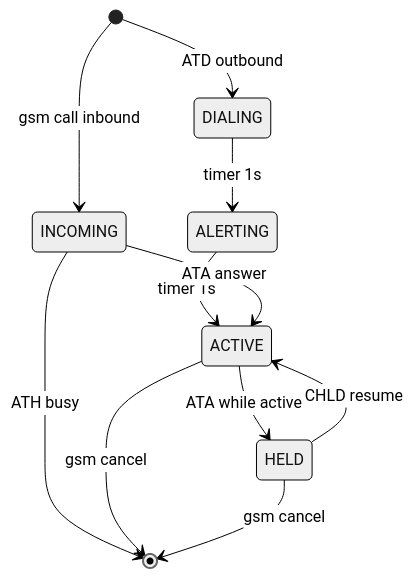
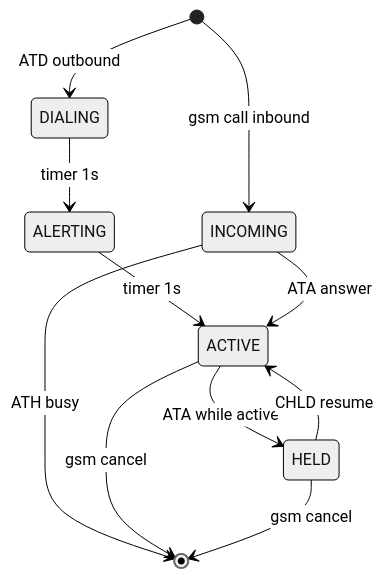
One commit to aospbooks/android-emulator-internal-book changed the third of 6 diagrams in 21-modem-telephony.md. Above: the diagram before and after it, drawn with Mermaid (neutral theme). The commit also changed other lines of this file and 31 other files, not shown here.

````diff
--- a/21-modem-telephony.md
+++ b/21-modem-telephony.md
@@ -241,13 +245,13 @@
 ```mermaid
 stateDiagram-v2
     [*] --> DIALING : ATD outbound
-    [*] --> INCOMING : gsm call inbound
     DIALING --> ALERTING : timer 1s
     ALERTING --> ACTIVE : timer 1s
+    [*] --> INCOMING : gsm call inbound
     INCOMING --> ACTIVE : ATA answer
     ACTIVE --> HELD : ATA while active
     HELD --> ACTIVE : CHLD resume
     INCOMING --> [*] : ATH busy
     ACTIVE --> [*] : gsm cancel
     HELD --> [*] : gsm cancel
 ```
````
